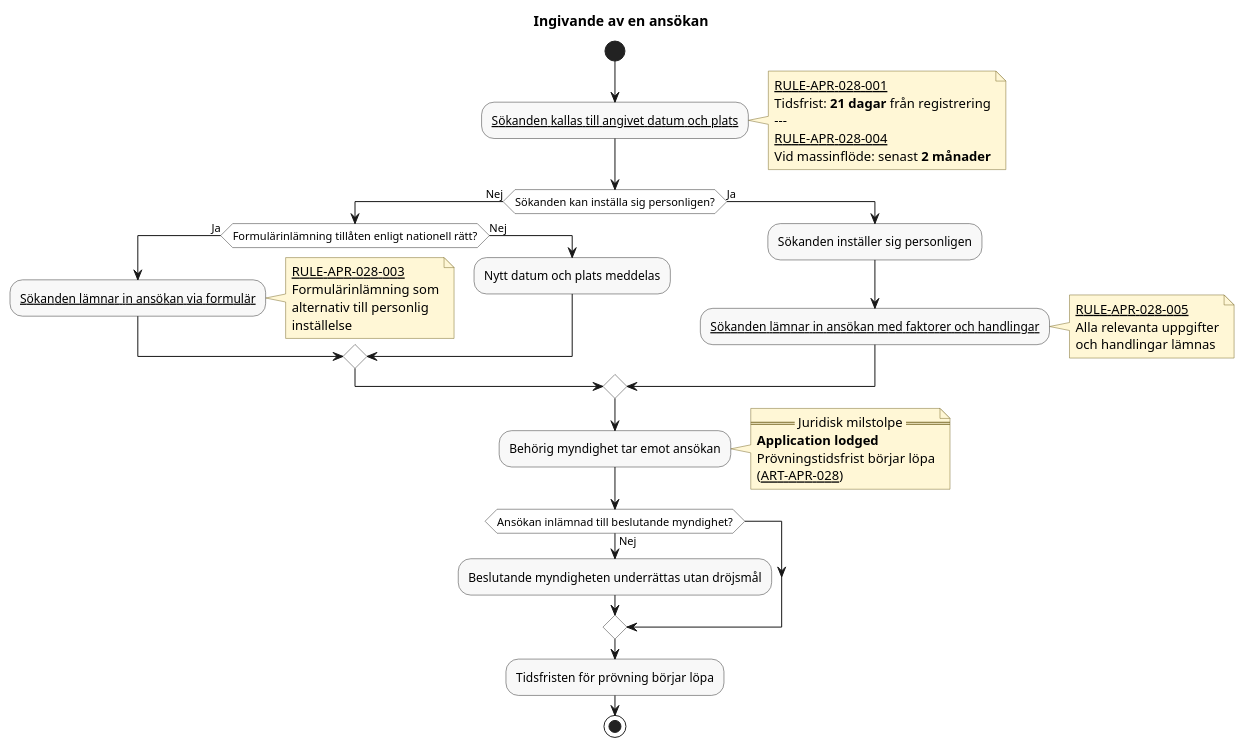
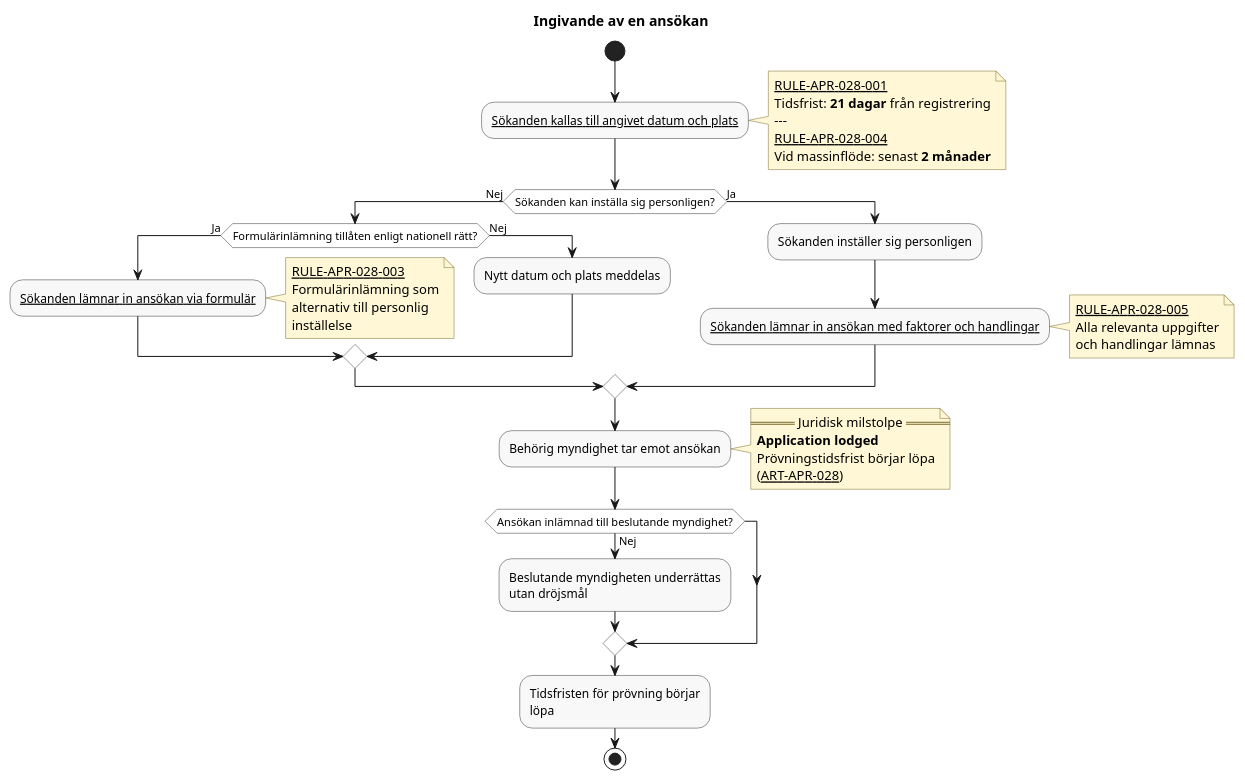
One commit to chrhe894/migration_pact changed the diagram in docs/domains/registration/diagrams/lodging-an-application.pu. Above: the diagram before and after it, drawn with PlantUML. The commit also changed 14 other files, not shown here.

Commit message:
Less wide diagrams

```diff
--- a/docs/domains/registration/diagrams/lodging-an-application.pu
+++ b/docs/domains/registration/diagrams/lodging-an-application.pu
@@ -17,81 +17,81 @@
 @startuml lodging-an-application
 
 title Ingivande av en ansökan
 
 skinparam shadowing false
 skinparam HyperlinkColor Black
 skinparam HyperlinkUnderline true
 skinparam defaultFontName Arial
 skinparam activity {
   BackgroundColor #F8F8F8
   BorderColor #333333
   DiamondBackgroundColor #FFFFFF
   DiamondBorderColor #333333
 }
 skinparam note {
   BackgroundColor #FFF7D6
   BorderColor #7A6A2A
 }
 
 start
 
 :[[../rules/rule-apr-028-002.md Sökanden kallas till angivet datum och plats]];
 note right
   [[../rules/rule-apr-028-001.md RULE-APR-028-001]]
   Tidsfrist: **21 dagar** från registrering
   ---
   [[../rules/rule-apr-028-004.md RULE-APR-028-004]]
   Vid massinflöde: senast **2 månader**
 end note
 
 if (Sökanden kan inställa sig personligen?) then (Nej)
 
     if (Formulärinlämning tillåten enligt nationell rätt?) then (Ja)
 
         :[[../rules/rule-apr-028-003.md Sökanden lämnar in ansökan via formulär]];
         note right
           [[../rules/rule-apr-028-003.md RULE-APR-028-003]]
           Formulärinlämning som
           alternativ till personlig
           inställelse
         end note
 
     else (Nej)
 
         :Nytt datum och plats meddelas;
 
     endif
 
 else (Ja)
 
     :Sökanden inställer sig personligen;
 
     :[[../rules/rule-apr-028-005.md Sökanden lämnar in ansökan med faktorer och handlingar]];
     note right
       [[../rules/rule-apr-028-005.md RULE-APR-028-005]]
       Alla relevanta uppgifter
       och handlingar lämnas
     end note
 
 endif
 
 :Behörig myndighet tar emot ansökan;
 
 note right
   == Juridisk milstolpe ==
   **Application lodged**
   Prövningstidsfrist börjar löpa
   ([[../articles/apr-028.md ART-APR-028]])
 end note
 
 if (Ansökan inlämnad till beslutande myndighet?) then (Nej)
 
-    :Beslutande myndigheten underrättas utan dröjsmål;
+    :Beslutande myndigheten underrättas\nutan dröjsmål;
 
 endif
 
-:Tidsfristen för prövning börjar löpa;
+:Tidsfristen för prövning börjar\nlöpa;
 
 stop
 
 @enduml
```
